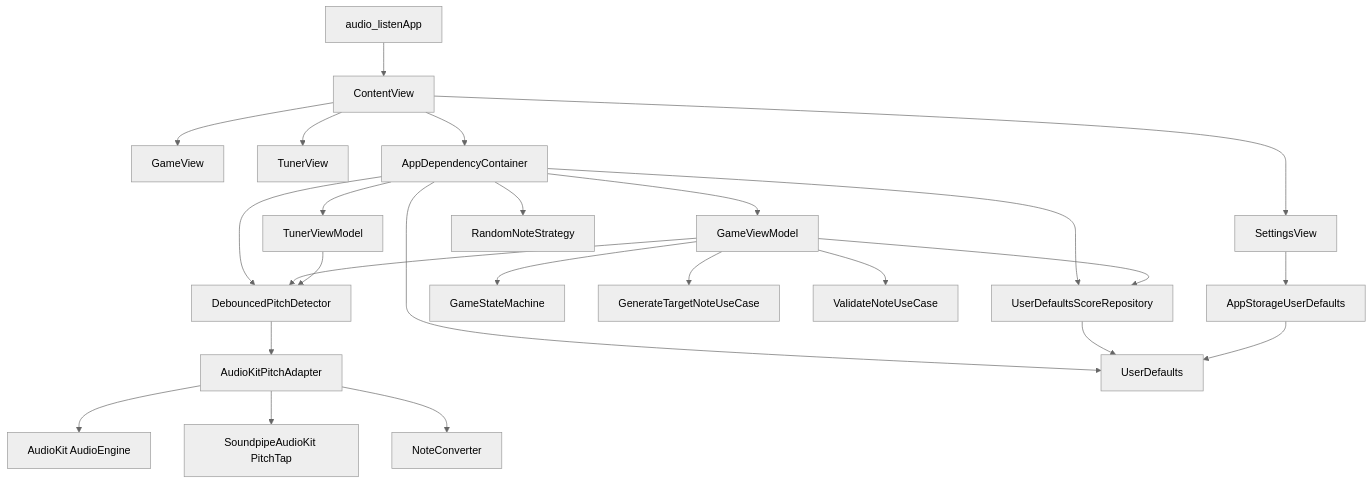
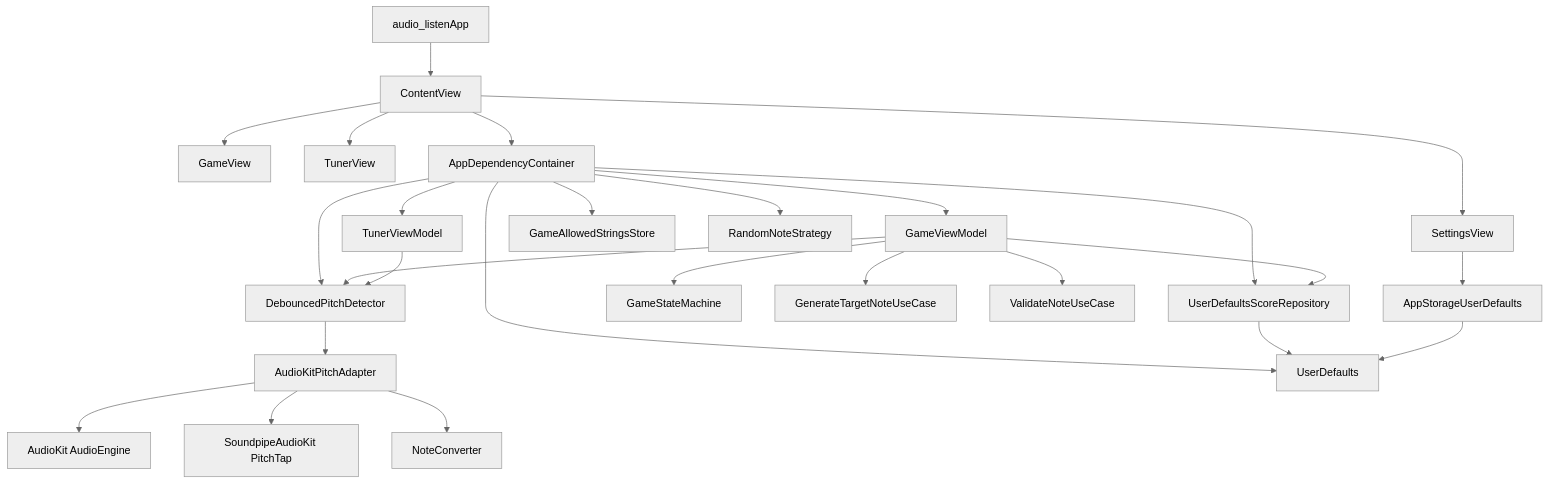
Before and after one commit to Yann-b-b/FretBoardCrazies: the diagram in README.md, drawn with Mermaid (neutral theme). The commit also changed other lines of this file and 14 other files, not shown here.

````diff
--- a/README.md
+++ b/README.md
@@ -58,32 +58,33 @@
 ```mermaid
 flowchart TD
     app[audio_listenApp] --> root[ContentView]
     root --> gameView[GameView]
     root --> tunerView[TunerView]
     root --> settingsView[SettingsView]
     root --> di[AppDependencyContainer]
 
     di --> gameVm[GameViewModel]
     di --> tunerVm[TunerViewModel]
     di --> scoreRepo[UserDefaultsScoreRepository]
+    di --> allowedStore[GameAllowedStringsStore]
     di --> noteStrategy[RandomNoteStrategy]
     di --> detector[DebouncedPitchDetector]
 
     gameVm --> gameStateMachine[GameStateMachine]
     gameVm --> generateUseCase[GenerateTargetNoteUseCase]
     gameVm --> validateUseCase[ValidateNoteUseCase]
     gameVm --> scoreRepo
     gameVm --> detector
 
     tunerVm --> detector
 
     detector --> pitchAdapter[AudioKitPitchAdapter]
     pitchAdapter --> audioEngine[AudioKit AudioEngine]
     pitchAdapter --> pitchTap[SoundpipeAudioKit PitchTap]
     pitchAdapter --> noteConverter[NoteConverter]
 
     settingsView --> appStorage[AppStorageUserDefaults]
     di --> userDefaults[UserDefaults]
     scoreRepo --> userDefaults
     appStorage --> userDefaults
 ```
````
